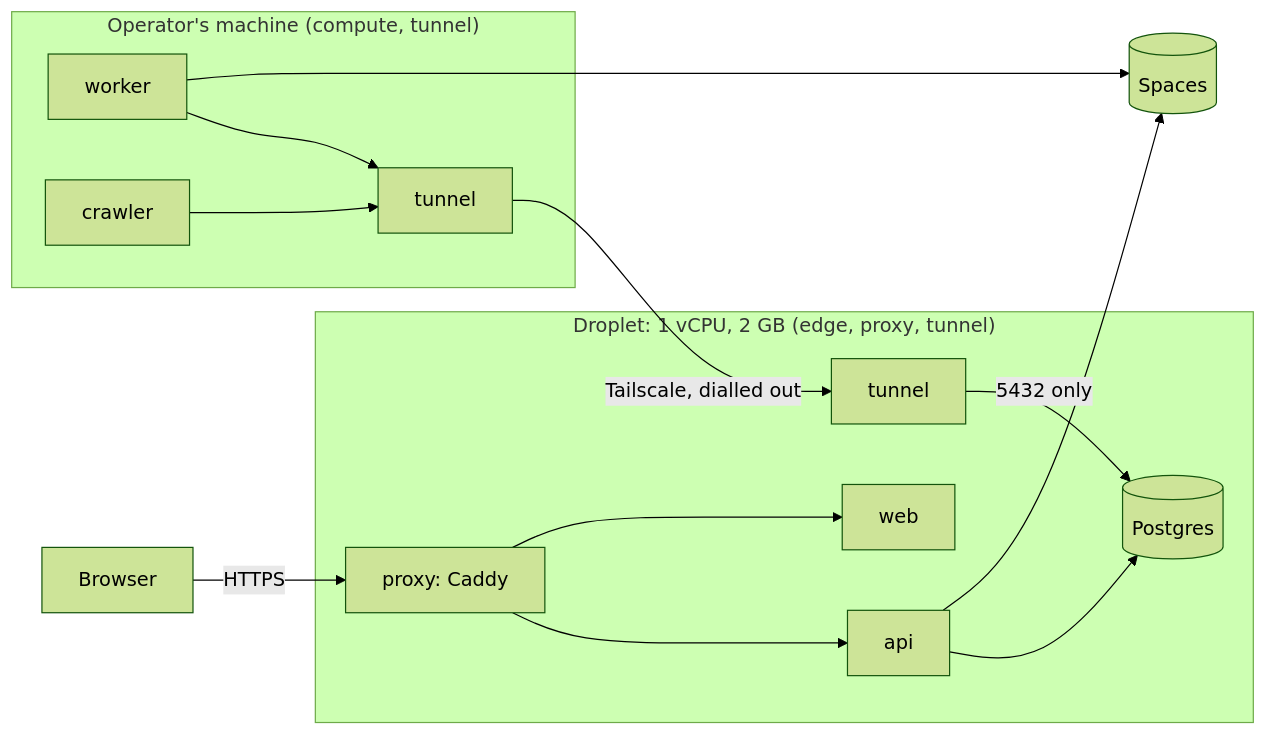
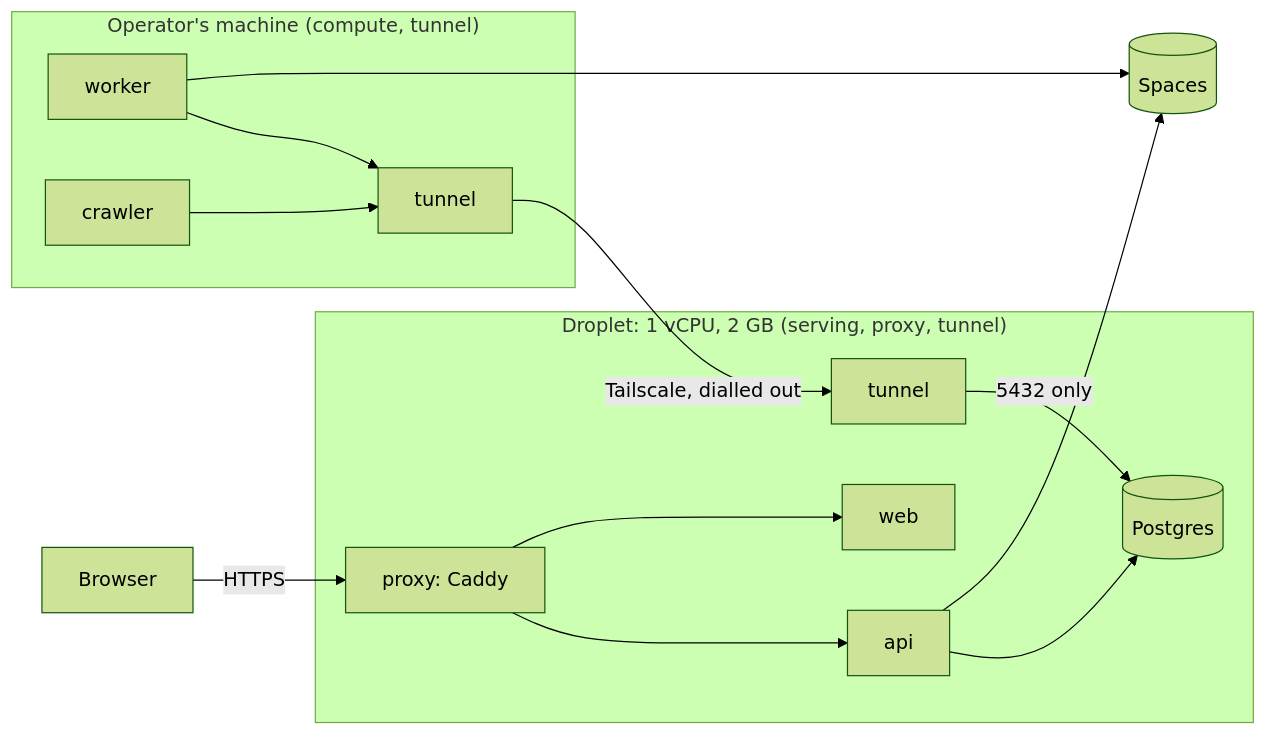
One commit to ycc789741ycc/career-polaris changed the second of 5 diagrams in docs/architecture.md. Above: the diagram before and after it, drawn with Mermaid (forest theme). The commit also changed other lines of this file and 12 other files, not shown here.

First line of the commit message:
chore(no-ticket): call the edge profile serving

````diff
--- a/docs/architecture.md
+++ b/docs/architecture.md
@@ -51,17 +51,17 @@
 ```mermaid
 flowchart LR
-  subgraph EDGE["Droplet: 1 vCPU, 2 GB (edge, proxy, tunnel)"]
+  subgraph EDGE["Droplet: 1 vCPU, 2 GB (serving, proxy, tunnel)"]
     P["proxy: Caddy"] --> A["api"]
     P --> W2["web"]
     A --> PG[("Postgres")]
     T1["tunnel"] -- "5432 only" --> PG
   end
   subgraph COMPUTE["Operator's machine (compute, tunnel)"]
     WK["worker"]
     CR["crawler"]
     T2["tunnel"]
   end
   Browser -- "HTTPS" --> P
   WK & CR --> T2 -- "Tailscale, dialled out" --> T1
   A & WK --> SP[("Spaces")]
 ```
````
